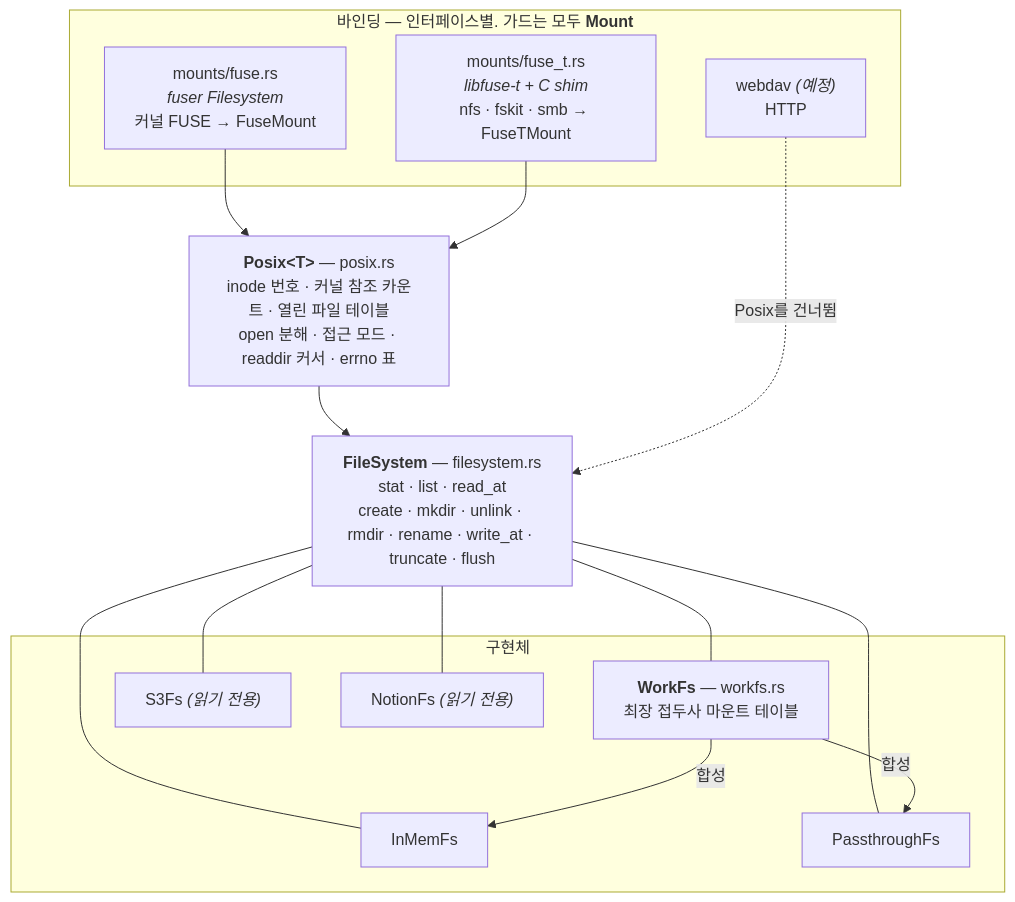
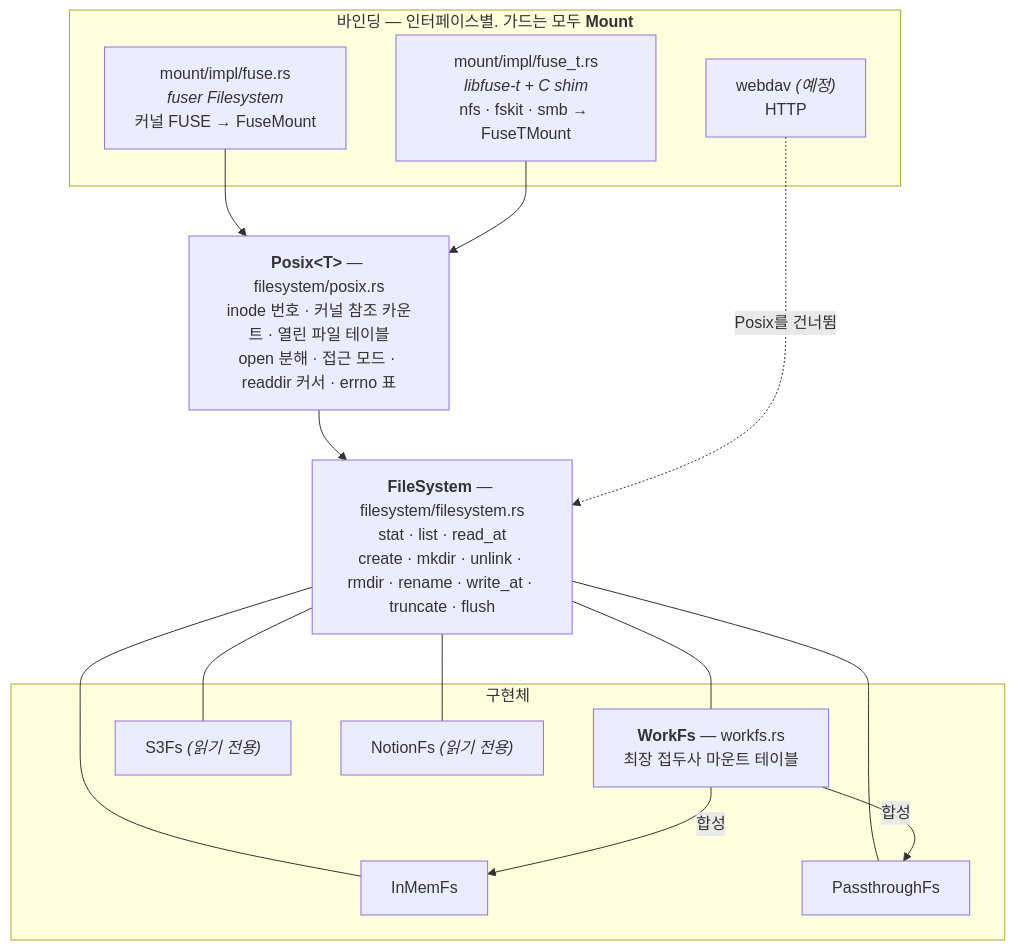
Before and after one commit to brekkylab/cortex: the diagram in cortex/src/fs/ARCHITECTURE.md, drawn with Mermaid. The commit also changed other lines of this file and 24 other files, not shown here.

````diff
--- a/cortex/src/fs/ARCHITECTURE.md
+++ b/cortex/src/fs/ARCHITECTURE.md
@@ -20,32 +20,32 @@
 ```mermaid
 flowchart TB
     subgraph surface["바인딩 — 인터페이스별. 가드는 모두 <b>Mount</b>"]
-        fuse["mounts/fuse.rs<br/><i>fuser Filesystem</i><br/>커널 FUSE → FuseMount"]
-        fuset["mounts/fuse_t.rs<br/><i>libfuse-t + C shim</i><br/>nfs · fskit · smb → FuseTMount"]
+        fuse["mount/impl/fuse.rs<br/><i>fuser Filesystem</i><br/>커널 FUSE → FuseMount"]
+        fuset["mount/impl/fuse_t.rs<br/><i>libfuse-t + C shim</i><br/>nfs · fskit · smb → FuseTMount"]
         dav["webdav <i>(예정)</i><br/>HTTP"]
     end
 
-    posix["<b>Posix&lt;T&gt;</b> — posix.rs<br/>inode 번호 · 커널 참조 카운트 · 열린 파일 테이블<br/>open 분해 · 접근 모드 · readdir 커서 · errno 표"]
+    posix["<b>Posix&lt;T&gt;</b> — filesystem/posix.rs<br/>inode 번호 · 커널 참조 카운트 · 열린 파일 테이블<br/>open 분해 · 접근 모드 · readdir 커서 · errno 표"]
 
-    mountable["<b>FileSystem</b> — filesystem.rs<br/>stat · list · read_at<br/>create · mkdir · unlink · rmdir · rename · write_at · truncate · flush"]
+    mountable["<b>FileSystem</b> — filesystem/filesystem.rs<br/>stat · list · read_at<br/>create · mkdir · unlink · rmdir · rename · write_at · truncate · flush"]
 
     subgraph stores["구현체"]
         ws["<b>WorkFs</b> — workfs.rs<br/>최장 접두사 마운트 테이블"]
         mem["InMemFs"]
         pass["PassthroughFs"]
         s3["S3Fs <i>(읽기 전용)</i>"]
         notion["NotionFs <i>(읽기 전용)</i>"]
     end
 
     fuse --> posix
     fuset --> posix
     posix --> mountable
     dav -.->|"Posix를 건너뜀"| mountable
     mountable --- ws
     mountable --- mem
     mountable --- pass
     mountable --- s3
     mountable --- notion
     ws -->|"합성"| mem
     ws -->|"합성"| pass
 ```
````
